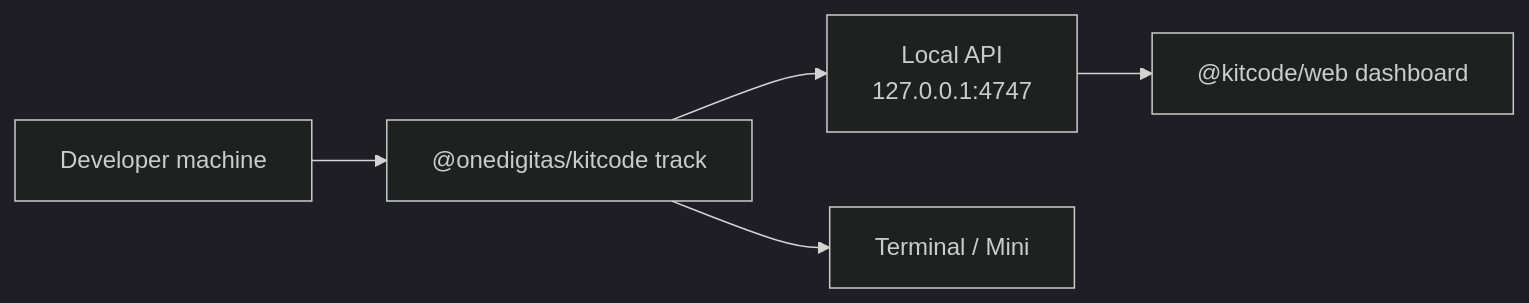
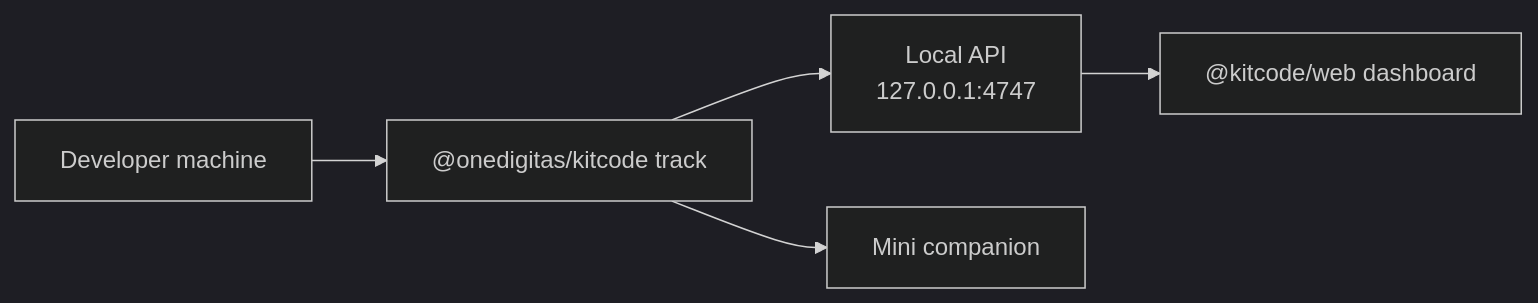
Before and after one commit to onedigitas/kit-code: the diagram in README.md, drawn with Mermaid (dark theme). The commit also changed other lines of this file and 42 other files, not shown here.

````diff
--- a/README.md
+++ b/README.md
@@ -250,7 +247,7 @@
 ```mermaid
 flowchart LR
   A["Developer machine"] --> B["@onedigitas/kitcode track"]
   B --> C["Local API\n127.0.0.1:4747"]
   C --> D["@kitcode/web dashboard"]
-  B --> E["Terminal / Mini"]
+  B --> E["Mini companion"]
 ```
````
